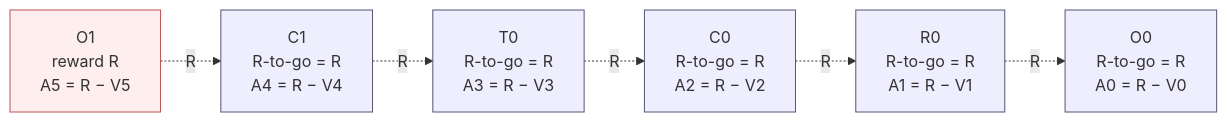
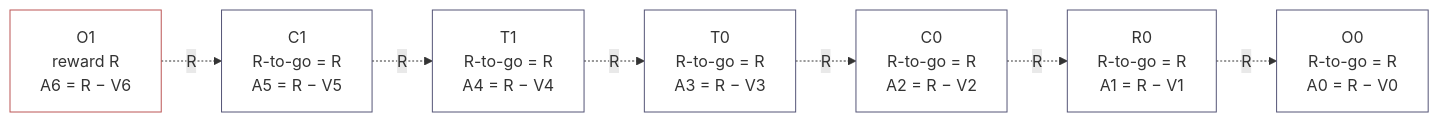
Before and after one commit to ketsuzhou/areal-ci: the sixth of 8 diagrams in customized_areal/tree_search/agents/README.md, drawn with Mermaid. The commit also changed other lines of this file and 123 other files, not shown here.

````diff
--- a/customized_areal/tree_search/agents/README.md
+++ b/customized_areal/tree_search/agents/README.md
@@ -345,14 +351,15 @@
 ```mermaid
 flowchart LR
     O0["O0<br/>R-to-go = R<br/>A0 = R − V0"]:::n
     R0["R0<br/>R-to-go = R<br/>A1 = R − V1"]:::n
     C0["C0<br/>R-to-go = R<br/>A2 = R − V2"]:::n
     T0["T0<br/>R-to-go = R<br/>A3 = R − V3"]:::n
-    C1["C1<br/>R-to-go = R<br/>A4 = R − V4"]:::n
-    O1["O1<br/>reward R<br/>A5 = R − V5"]:::t
+    T1["T1<br/>R-to-go = R<br/>A4 = R − V4"]:::n
+    C1["C1<br/>R-to-go = R<br/>A5 = R − V5"]:::n
+    O1["O1<br/>reward R<br/>A6 = R − V6"]:::t
 
-    O1 -. "R" .-> C1 -. "R" .-> T0 -. "R" .-> C0 -. "R" .-> R0 -. "R" .-> O0
+    O1 -. "R" .-> C1 -. "R" .-> T1 -. "R" .-> T0 -. "R" .-> C0 -. "R" .-> R0 -. "R" .-> O0
 
-    classDef n fill:#eef,stroke:#557;
-    classDef t fill:#fee,stroke:#b55;
+    classDef n fill:transparent,stroke:#557;
+    classDef t fill:transparent,stroke:#b55;
 ```
````
